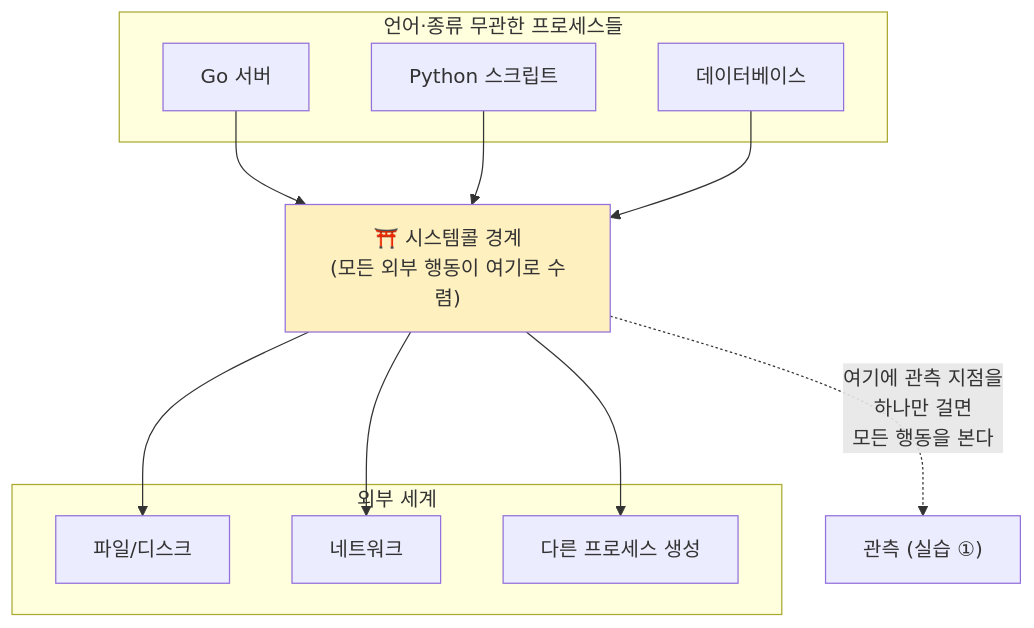
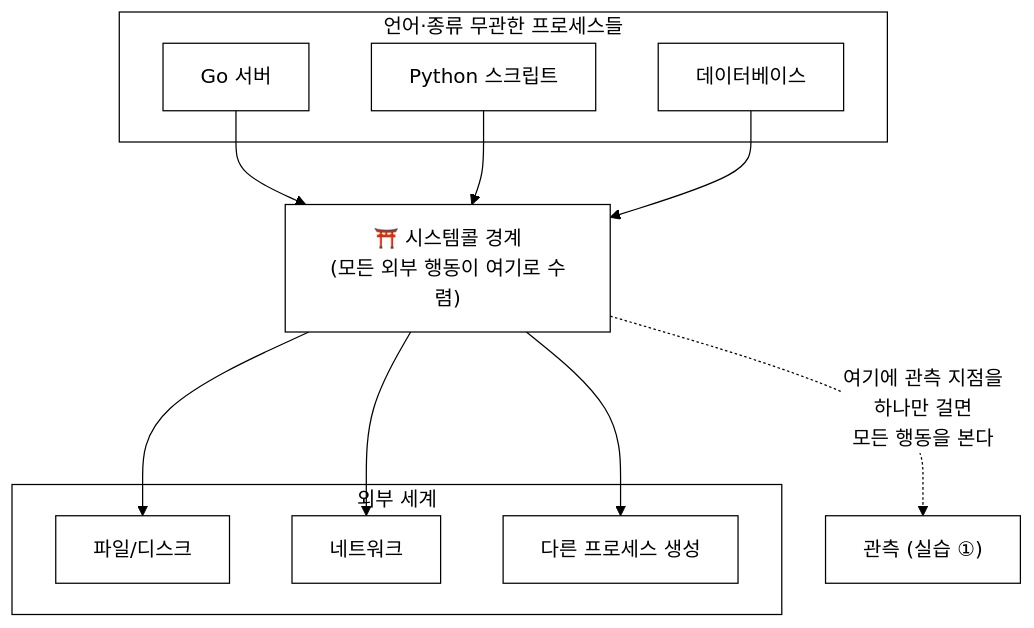
The fourth of 4 diagrams in docs/lecture/02주차_리눅스_커널과_사용자공간_시스템콜.md (iamywl/ebpf-lab), drawn with Mermaid before and after one commit. The commit also changed other lines of this file and 33 other files, not shown here.

First line of the commit message:
강의자료: 다이어그램 흑백(논문 스타일) 통일 + 실제 실행 스크린샷 삽입

````diff
--- a/docs/lecture/02주차_리눅스_커널과_사용자공간_시스템콜.md
+++ b/docs/lecture/02주차_리눅스_커널과_사용자공간_시스템콜.md
@@ -189,18 +192,19 @@
 ```mermaid
+%%{init: {"theme":"base","themeVariables":{"background":"#ffffff","primaryColor":"#ffffff","primaryBorderColor":"#000000","primaryTextColor":"#000000","secondaryColor":"#ffffff","secondaryBorderColor":"#000000","secondaryTextColor":"#000000","tertiaryColor":"#ffffff","tertiaryBorderColor":"#000000","tertiaryTextColor":"#000000","lineColor":"#000000","textColor":"#000000","mainBkg":"#ffffff","secondBkg":"#ffffff","clusterBkg":"#ffffff","clusterBorder":"#000000","edgeLabelBackground":"#ffffff","nodeBorder":"#000000","defaultLinkColor":"#000000","titleColor":"#000000","actorBkg":"#ffffff","actorBorder":"#000000","actorTextColor":"#000000","actorLineColor":"#000000","signalColor":"#000000","signalTextColor":"#000000","labelBoxBkgColor":"#ffffff","labelBoxBorderColor":"#000000","labelTextColor":"#000000","loopTextColor":"#000000","noteBkgColor":"#ffffff","noteBorderColor":"#000000","noteTextColor":"#000000","activationBkgColor":"#ffffff","activationBorderColor":"#000000","sequenceNumberColor":"#000000","cScale0":"#ffffff","cScale1":"#ffffff","cScale2":"#ffffff","cScale3":"#ffffff","cScale4":"#ffffff","cScale5":"#ffffff","cScale6":"#ffffff","cScale7":"#ffffff","cScale8":"#ffffff","cScale9":"#ffffff","cScale10":"#ffffff","cScale11":"#ffffff","cScaleLabel0":"#000000","cScaleLabel1":"#000000","cScaleLabel2":"#000000","cScaleLabel3":"#000000","cScaleLabel4":"#000000","cScaleLabel5":"#000000","cScaleLabel6":"#000000","cScaleLabel7":"#000000","cScaleLabel8":"#000000","cScaleLabel9":"#000000","cScaleLabel10":"#000000","cScaleLabel11":"#000000","pie1":"#ffffff","pie2":"#eeeeee","pie3":"#dddddd","pie4":"#cccccc","fontFamily":"Georgia, serif"}}}%%
 flowchart TB
     subgraph Apps["언어·종류 무관한 프로세스들"]
         Go["Go 서버"]
         Py["Python 스크립트"]
         DB["데이터베이스"]
     end
     Gate["⛩️ 시스템콜 경계\n(모든 외부 행동이 여기로 수렴)"]
     subgraph World["외부 세계"]
         F["파일/디스크"]
         N["네트워크"]
         Proc["다른 프로세스 생성"]
     end
     Go & Py & DB --> Gate
     Gate --> F & N & Proc
     Gate -. "여기에 관측 지점을\n하나만 걸면\n모든 행동을 본다" .-> Obs["관측 (실습 ①)"]
-    style Gate fill:#fff0c0
+    style Gate fill:#ffffff
 ```
````
